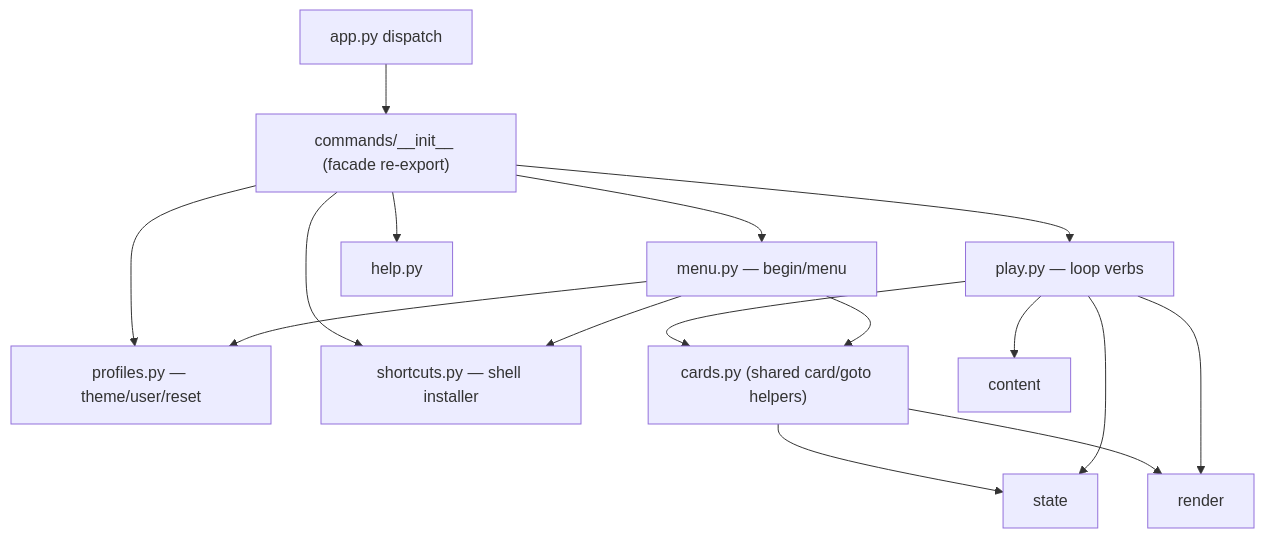
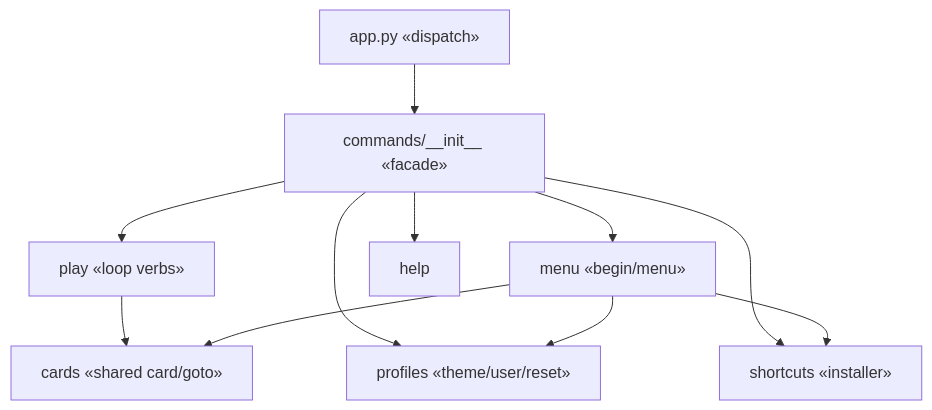
One commit to N041M/PyQuest changed the first of 4 diagrams in docs/architecture/commands.md. Above: the diagram before and after it, drawn with Mermaid. The commit also changed other lines of this file and 5 other files, not shown here.

First line of the commit message:
Polish architecture diagrams; add puzzle-consumption view

````diff
--- a/docs/architecture/commands.md
+++ b/docs/architecture/commands.md
@@ -8,18 +8,13 @@
 ```mermaid
 flowchart TB
-    app["app.py dispatch"] --> init["commands/__init__ (facade re-export)"]
-    init --> play["play.py — loop verbs"]
-    init --> profiles["profiles.py — theme/user/reset"]
-    init --> shortcuts["shortcuts.py — shell installer"]
-    init --> menu["menu.py — begin/menu"]
-    init --> help["help.py"]
-    play --> cards["cards.py (shared card/goto helpers)"]
+    app["app.py «dispatch»"] --> init["commands/__init__ «facade»"]
+    init --> play["play «loop verbs»"]
+    init --> profiles["profiles «theme/user/reset»"]
+    init --> shortcuts["shortcuts «installer»"]
+    init --> menu["menu «begin/menu»"]
+    init --> help["help"]
+    play --> cards["cards «shared card/goto»"]
     menu --> cards
     menu --> profiles
     menu --> shortcuts
-    cards --> state
-    cards --> render
-    play --> render
-    play --> state
-    play --> content
 ```
````
